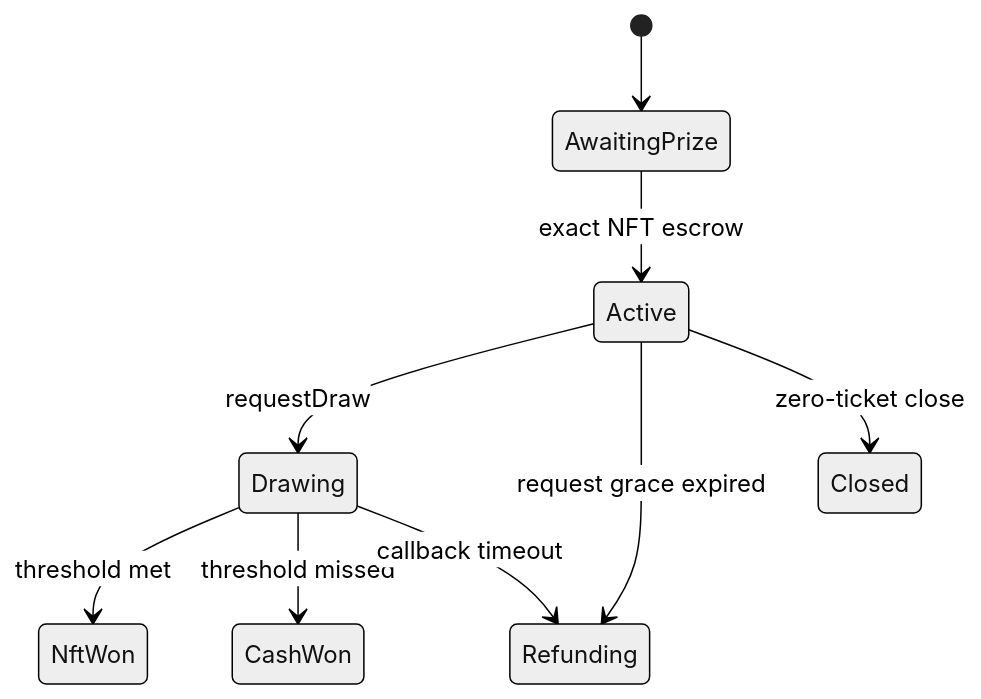
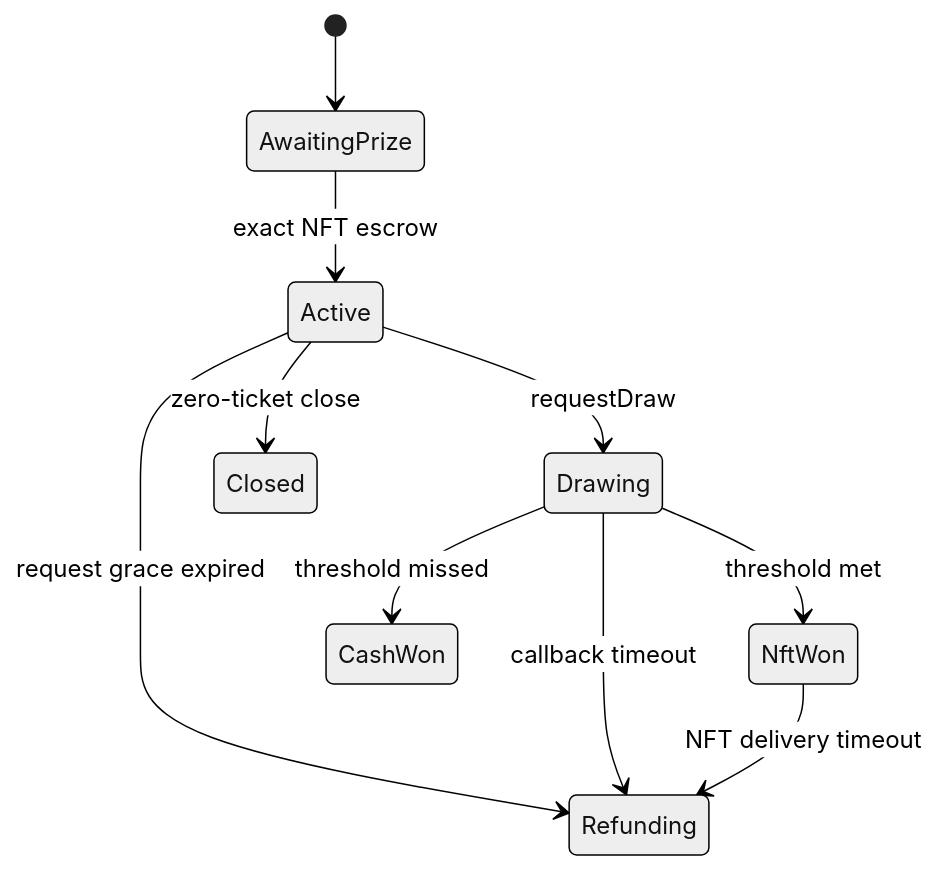
Before and after one commit to Heesho/raffle-fun: the diagram in README.md, drawn with Mermaid (neutral theme). The commit also changed other lines of this file and 54 other files, not shown here.

````diff
--- a/README.md
+++ b/README.md
@@ -34,11 +41,12 @@
 ```mermaid
 stateDiagram-v2
   [*] --> AwaitingPrize
   AwaitingPrize --> Active: exact NFT escrow
   Active --> Drawing: requestDraw
   Active --> Refunding: request grace expired
   Active --> Closed: zero-ticket close
   Drawing --> NftWon: threshold met
   Drawing --> CashWon: threshold missed
   Drawing --> Refunding: callback timeout
+  NftWon --> Refunding: NFT delivery timeout
 ```
````
